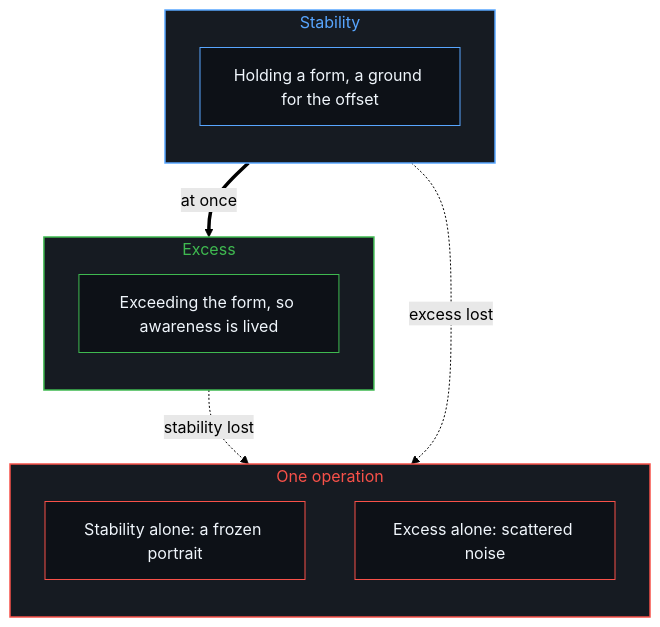
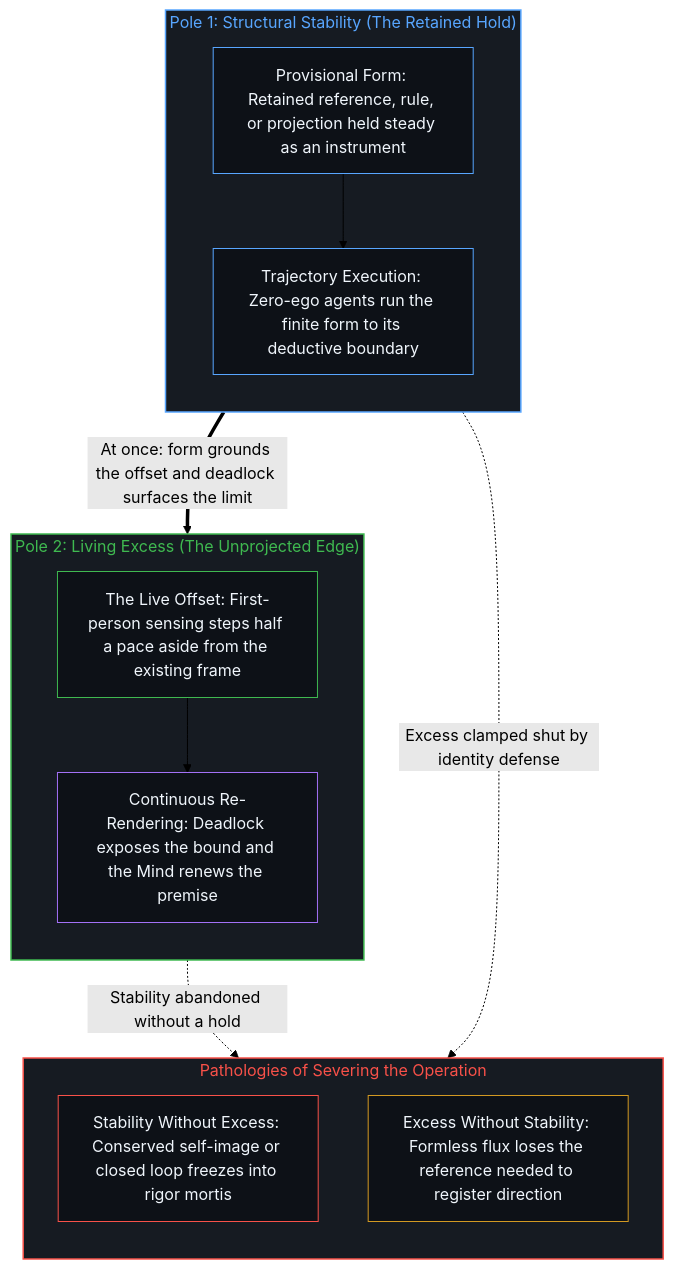
Before and after one commit to powerpig99/not-a-toe: the second of 2 diagrams in content/posts/stability-and-excess.md, drawn with Mermaid (forest theme). The commit also changed other lines of this file and 2 other files, not shown here.

Commit message:
Refine stability-and-excess (Wave 3 L2 #122: weave beyond-the-projection)

````diff
--- a/content/posts/stability-and-excess.md
+++ b/content/posts/stability-and-excess.md
@@ -80,26 +90,32 @@
 ```mermaid
 flowchart TD
-    subgraph S_Stable["Stability"]
+    subgraph S_Stable["Pole 1: Structural Stability (The Retained Hold)"]
         direction TB
-        S1["Holding a form, a ground for the offset"]
+        S1["Provisional Form: Retained reference, rule, or projection held steady as an instrument"]
+        S2["Trajectory Execution: Zero-ego agents run the finite form to its deductive boundary"]
+        S1 --> S2
     end
-    subgraph S_Excess["Excess"]
+    subgraph S_Excess["Pole 2: Living Excess (The Unprojected Edge)"]
         direction TB
-        E1["Exceeding the form, so awareness is lived"]
+        E1["The Live Offset: First-person sensing steps half a pace aside from the existing frame"]
+        E2["Continuous Re-Rendering: Deadlock exposes the bound and the Mind renews the premise"]
+        E1 --> E2
     end
-    subgraph S_One["One operation"]
+    subgraph S_Collapse["Pathologies of Severing the Operation"]
         direction TB
-        O1["Stability alone: a frozen portrait"]
-        O2["Excess alone: scattered noise"]
+        O1["Stability Without Excess: Conserved self-image or closed loop freezes into rigor mortis"]
+        O2["Excess Without Stability: Formless flux loses the reference needed to register direction"]
     end
-    S1 ==>|"at once"| E1
-    S1 -.->|"excess lost"| O1
-    E1 -.->|"stability lost"| O2
+    S2 ==>|"At once: form grounds the offset and deadlock surfaces the limit"| E1
+    S1 -.->|"Excess clamped shut by identity defense"| O1
+    E1 -.->|"Stability abandoned without a hold"| O2
     style S_Stable fill:#161b22,stroke:#58a6ff,stroke-width:1.5px,color:#58a6ff
     style S_Excess fill:#161b22,stroke:#3fb950,stroke-width:1.5px,color:#3fb950
-    style S_One fill:#161b22,stroke:#f85149,stroke-width:1.5px,color:#f85149
+    style S_Collapse fill:#161b22,stroke:#f85149,stroke-width:1.5px,color:#f85149
     style S1 fill:#0d1117,stroke:#58a6ff,stroke-width:1px,color:#f0f6fc
+    style S2 fill:#0d1117,stroke:#58a6ff,stroke-width:1px,color:#f0f6fc
     style E1 fill:#0d1117,stroke:#3fb950,stroke-width:1px,color:#f0f6fc
+    style E2 fill:#0d1117,stroke:#a371f7,stroke-width:1px,color:#f0f6fc
     style O1 fill:#0d1117,stroke:#f85149,stroke-width:1px,color:#f0f6fc
-    style O2 fill:#0d1117,stroke:#f85149,stroke-width:1px,color:#f0f6fc
+    style O2 fill:#0d1117,stroke:#d29922,stroke-width:1px,color:#f0f6fc
 ```
````
